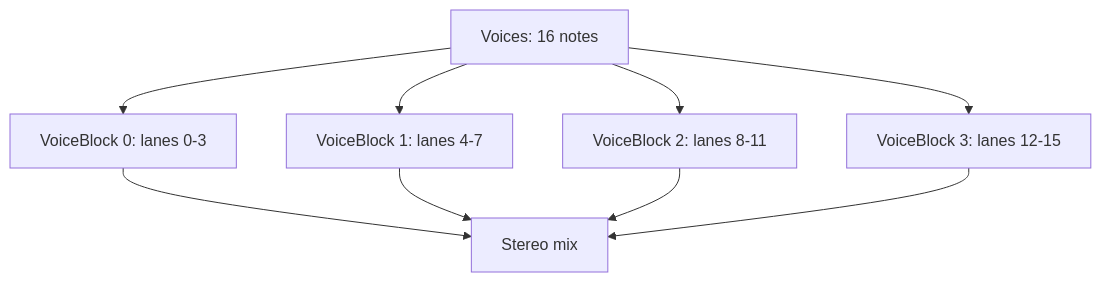
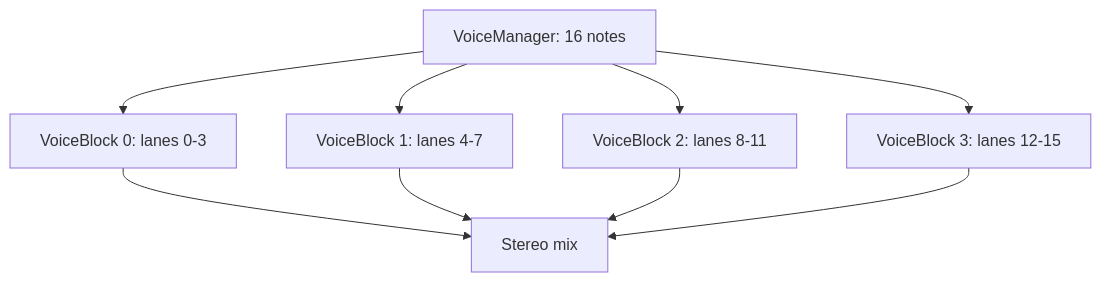
The second of 2 diagrams in docs/src/sdk/engine-architecture.md (chris-zen/noctum-synth), drawn with Mermaid before and after one commit. The commit also changed other lines of this file and 76 other files, not shown here.

````diff
--- a/docs/src/sdk/engine-architecture.md
+++ b/docs/src/sdk/engine-architecture.md
@@ -39,18 +39,18 @@
 ```mermaid
 flowchart TD
-    Voices["Voices: 16 notes"]
+    VoiceManager["VoiceManager: 16 notes"]
     B0["VoiceBlock 0: lanes 0-3"]
     B1["VoiceBlock 1: lanes 4-7"]
     B2["VoiceBlock 2: lanes 8-11"]
     B3["VoiceBlock 3: lanes 12-15"]
     Mix["Stereo mix"]
 
-    Voices --> B0
-    Voices --> B1
-    Voices --> B2
-    Voices --> B3
+    VoiceManager --> B0
+    VoiceManager --> B1
+    VoiceManager --> B2
+    VoiceManager --> B3
     B0 --> Mix
     B1 --> Mix
     B2 --> Mix
     B3 --> Mix
 ```
````
